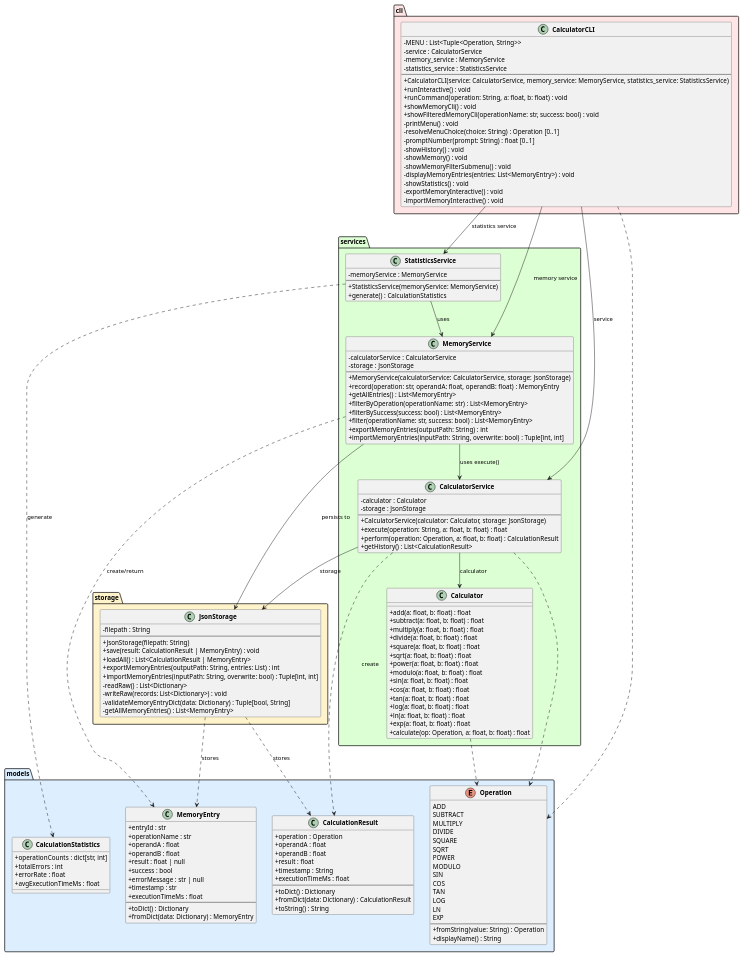
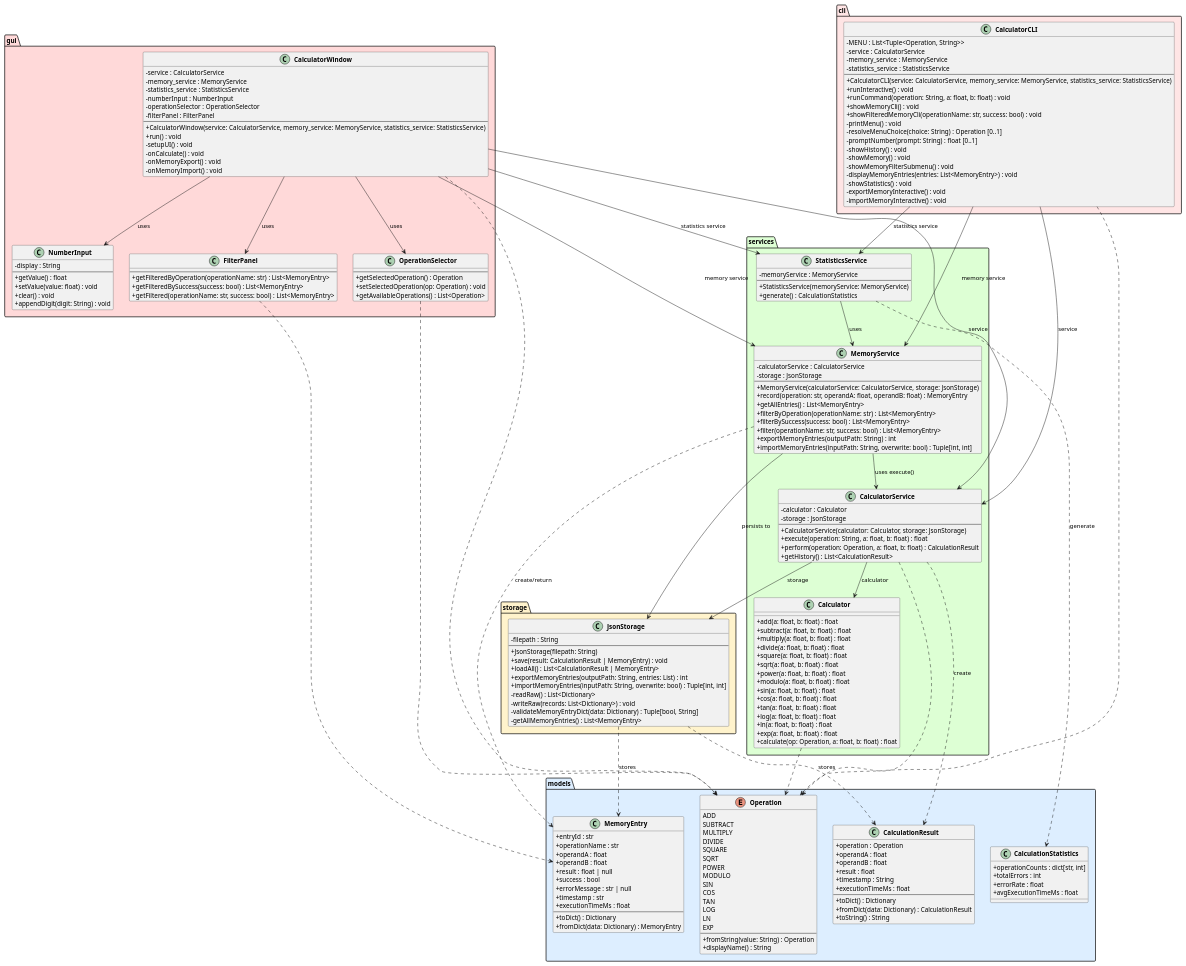
Before and after one commit to DanielRiha8906/Software_autoevolution_using_agents: the diagram in experiments/supervisor_as_tools/user_stories/calculator/artifacts/class_diagram.puml, drawn with PlantUML. The commit also changed 7 other files, not shown here.

```diff
--- a/experiments/supervisor_as_tools/user_stories/calculator/artifacts/class_diagram.puml
+++ b/experiments/supervisor_as_tools/user_stories/calculator/artifacts/class_diagram.puml
@@ -152,9 +152,57 @@
     }
 }
 
+package "gui" #FFD9D9 {
+    class CalculatorWindow {
+        -service : CalculatorService
+        -memory_service : MemoryService
+        -statistics_service : StatisticsService
+        -numberInput : NumberInput
+        -operationSelector : OperationSelector
+        -filterPanel : FilterPanel
+        --
+        +CalculatorWindow(service: CalculatorService, memory_service: MemoryService, statistics_service: StatisticsService)
+        +run() : void
+        -setupUI() : void
+        -onCalculate() : void
+        -onMemoryExport() : void
+        -onMemoryImport() : void
+    }
+
+    class NumberInput {
+        -display : String
+        --
+        +getValue() : float
+        +setValue(value: float) : void
+        +clear() : void
+        +appendDigit(digit: String) : void
+    }
+
+    class OperationSelector {
+        --
+        +getSelectedOperation() : Operation
+        +setSelectedOperation(op: Operation) : void
+        +getAvailableOperations() : List<Operation>
+    }
+
+    class FilterPanel {
+        --
+        +getFilteredByOperation(operationName: str) : List<MemoryEntry>
+        +getFilteredBySuccess(success: bool) : List<MemoryEntry>
+        +getFiltered(operationName: str, success: bool) : List<MemoryEntry>
+    }
+
+    CalculatorWindow --> NumberInput : uses
+    CalculatorWindow --> OperationSelector : uses
+    CalculatorWindow --> FilterPanel : uses
+}
+
 CalculatorCLI --> CalculatorService : service
 CalculatorCLI --> MemoryService : memory service
 CalculatorCLI --> StatisticsService : statistics service
+CalculatorWindow --> CalculatorService : service
+CalculatorWindow --> MemoryService : memory service
+CalculatorWindow --> StatisticsService : statistics service
 CalculatorService --> Calculator : calculator
 CalculatorService --> JsonStorage : storage
 MemoryService --> CalculatorService : uses execute()
@@ -166,6 +214,9 @@
 StatisticsService ..> CalculationStatistics : generate
 CalculatorService ..> Operation
 CalculatorCLI ..> Operation
+CalculatorWindow ..> Operation
+OperationSelector ..> Operation
+FilterPanel ..> MemoryEntry
 Calculator ..> Operation
 JsonStorage ..> CalculationResult : stores
 JsonStorage ..> MemoryEntry : stores
```
